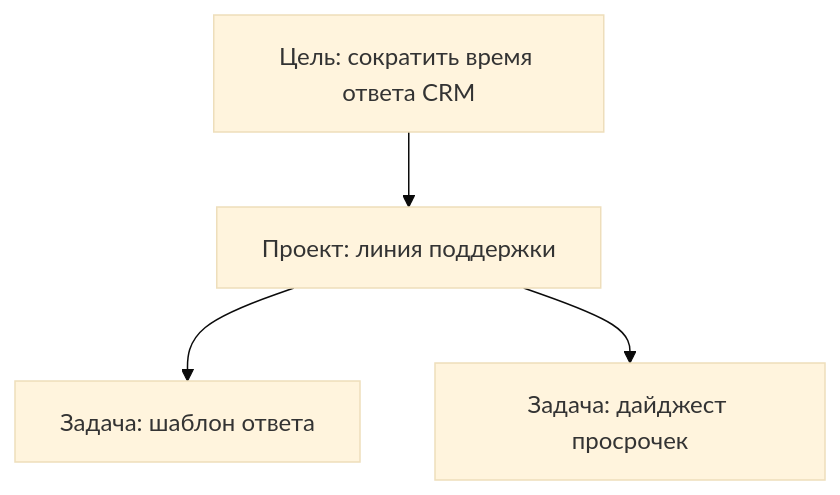
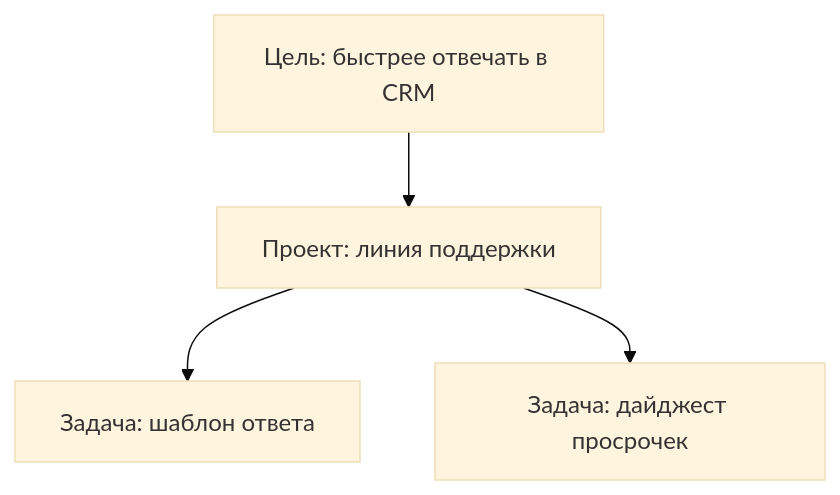
One commit to Dmitriion/datagent-docs changed the diagram in docs/concepts/goals.md. Above: the diagram before and after it, drawn with Mermaid (base theme). The commit also changed other lines of this file and 15 other files, not shown here.

````diff
--- a/docs/concepts/goals.md
+++ b/docs/concepts/goals.md
@@ -42,10 +50,10 @@
 ```mermaid
 flowchart TB
-  G[Цель: сократить время ответа CRM]
+  G[Цель: быстрее отвечать в CRM]
   P[Проект: линия поддержки]
   I1[Задача: шаблон ответа]
   I2[Задача: дайджест просрочек]
   G --> P
   P --> I1
   P --> I2
 ```
````
